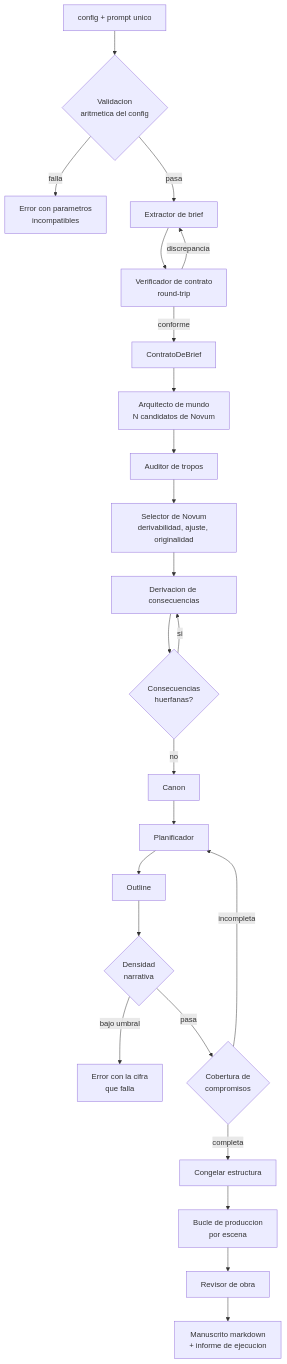
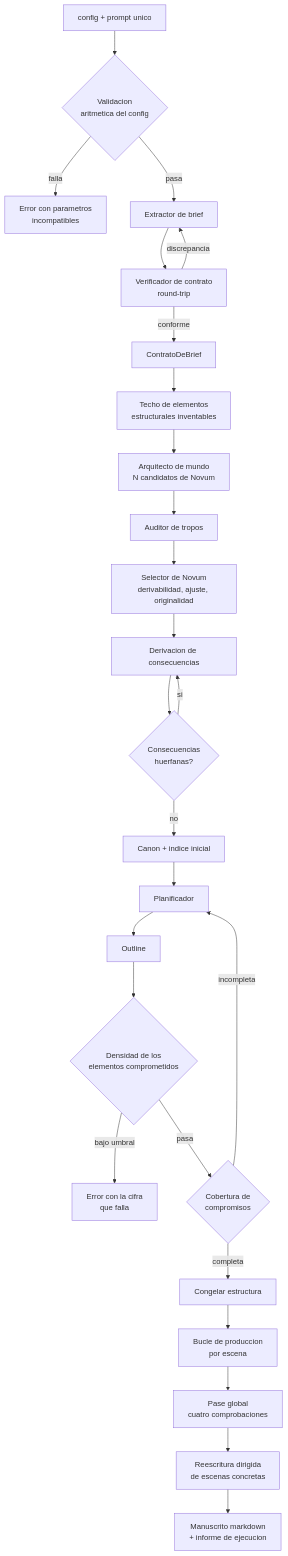
One commit to JNico-rb/story-maker changed the eighth of 10 diagrams in docs/architecture.md. Above: the diagram before and after it, drawn with Mermaid. The commit also changed other lines of this file and 10 other files, not shown here.

````diff
--- a/docs/architecture.md
+++ b/docs/architecture.md
@@ -331,30 +564,32 @@
 ```mermaid
 graph TD
     IN[config + prompt unico] --> VAL{Validacion<br/>aritmetica del config}
     VAL -->|falla| ERR1[Error con parametros<br/>incompatibles]
     VAL -->|pasa| EXB[Extractor de brief]
 
     EXB --> VC[Verificador de contrato<br/>round-trip]
     VC -->|discrepancia| EXB
     VC -->|conforme| CB[ContratoDeBrief]
 
-    CB --> AM[Arquitecto de mundo<br/>N candidatos de Novum]
+    CB --> TECH[Techo de elementos<br/>estructurales inventables]
+    TECH --> AM[Arquitecto de mundo<br/>N candidatos de Novum]
     AM --> AT1[Auditor de tropos]
     AT1 --> SEL[Selector de Novum<br/>derivabilidad, ajuste, originalidad]
     SEL --> DC[Derivacion de consecuencias]
     DC --> VG{Consecuencias<br/>huerfanas?}
     VG -->|si| DC
-    VG -->|no| CAN[Canon]
+    VG -->|no| CAN[Canon + indice inicial]
 
     CAN --> PLA[Planificador]
     PLA --> OUT[Outline]
-    OUT --> DEN{Densidad<br/>narrativa}
+    OUT --> DEN{Densidad de los<br/>elementos comprometidos}
     DEN -->|bajo umbral| ERR2[Error con la cifra<br/>que falla]
     DEN -->|pasa| COB{Cobertura de<br/>compromisos}
     COB -->|incompleta| PLA
     COB -->|completa| CONG[Congelar estructura]
 
     CONG --> LOOP[Bucle de produccion<br/>por escena]
-    LOOP --> REV[Revisor de obra]
-    REV --> FIN[Manuscrito markdown<br/>+ informe de ejecucion]
+    LOOP --> PG[Pase global<br/>cuatro comprobaciones]
+    PG --> REE[Reescritura dirigida<br/>de escenas concretas]
+    REE --> FIN[Manuscrito markdown<br/>+ informe de ejecucion]
 ```
````
